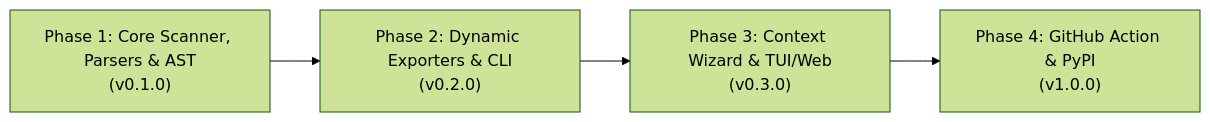
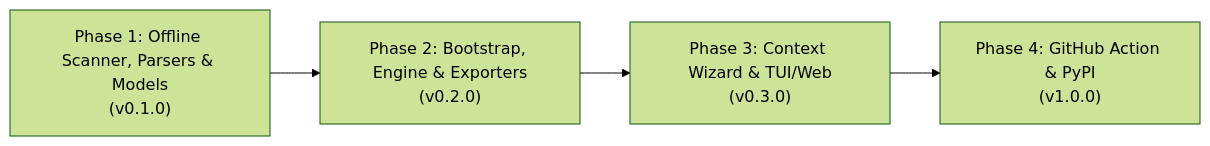
Before and after one commit to skr2270/CodeMyResume: the diagram in docs/ROADMAP.md, drawn with Mermaid (forest theme). The commit also changed other lines of this file and 22 other files, not shown here.

Commit message:
docs: add EXPORTERS_SPEC, starter configs, OSS templates, CI workflow, and align pre-Phase-1 specs

````diff
--- a/docs/ROADMAP.md
+++ b/docs/ROADMAP.md
@@ -9,6 +9,6 @@
 ```mermaid
 flowchart LR
-    M1["Phase 1: Core Scanner, Parsers & AST<br/>(v0.1.0)"] --> M2["Phase 2: Dynamic Exporters & CLI<br/>(v0.2.0)"]
+    M1["Phase 1: Offline Scanner, Parsers & Models<br/>(v0.1.0)"] --> M2["Phase 2: Bootstrap, Engine & Exporters<br/>(v0.2.0)"]
     M2 --> M3["Phase 3: Context Wizard & TUI/Web<br/>(v0.3.0)"]
     M3 --> M4["Phase 4: GitHub Action & PyPI<br/>(v1.0.0)"]
 ```
````
